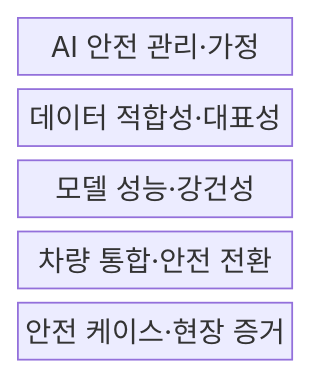
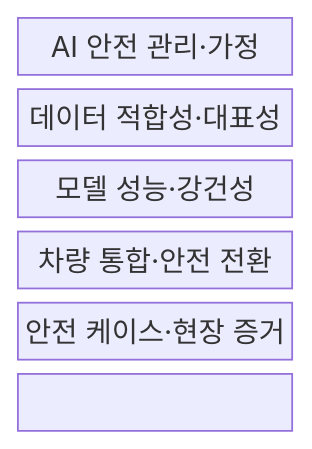
The first of 2 diagrams in src/content/docs/notes/05-security/135_iso_pas_8800.md (agnusdei1207/knowledge-base), drawn with Mermaid before and after one commit. The commit also changed other lines of this file and 151 other files, not shown here.

````diff
--- a/src/content/docs/notes/05-security/135_iso_pas_8800.md
+++ b/src/content/docs/notes/05-security/135_iso_pas_8800.md
@@ -56,9 +56,11 @@
 ```mermaid
 block-beta
   columns 1
   M["AI 안전 관리·가정"]
   D["데이터 적합성·대표성"]
   A["모델 성능·강건성"]
   V["차량 통합·안전 전환"]
   C["안전 케이스·현장 증거"]
+  M --- D --- A
+  A --- V --- C
 ```
````
